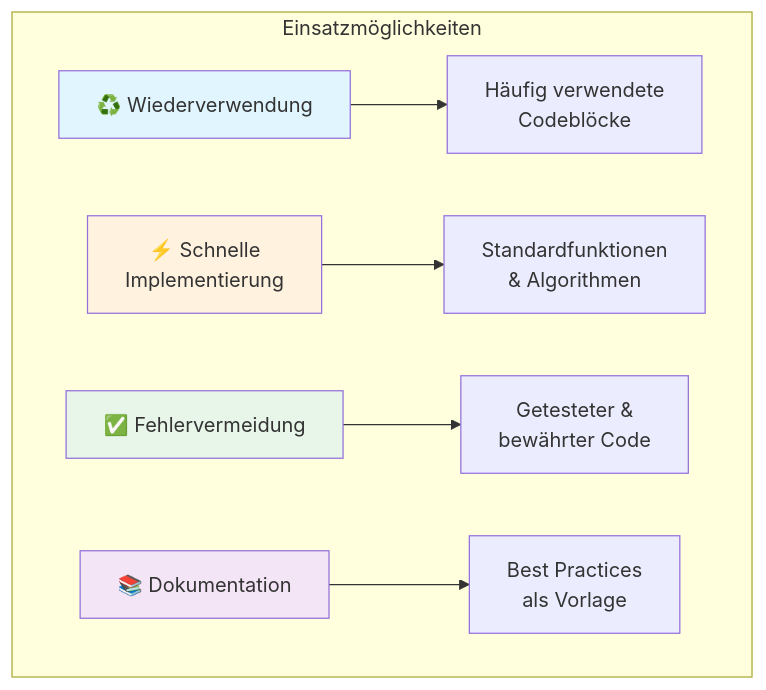
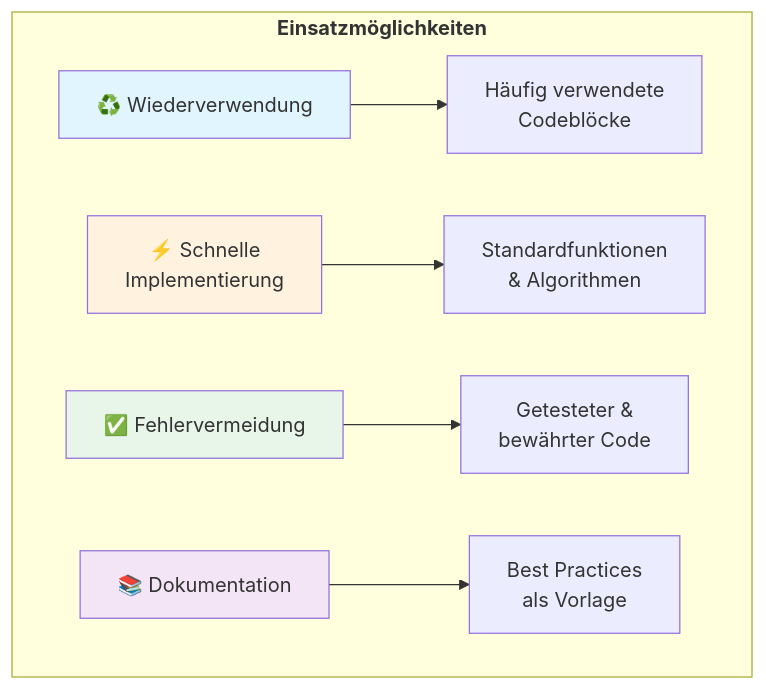
Before and after one commit to ralf-42/ML_Intro: the fifth of 6 diagrams in docs/concepts/grundlagen/coding-arbeitsweisen.md, drawn with Mermaid. The commit also changed other lines of this file and 24 other files, not shown here.

````diff
--- a/docs/concepts/grundlagen/coding-arbeitsweisen.md
+++ b/docs/concepts/grundlagen/coding-arbeitsweisen.md
@@ -212,14 +212,14 @@
 ```mermaid
 flowchart TD
-    subgraph Vorteile["Einsatzmöglichkeiten"]
+    subgraph Vorteile["<b>Einsatzmöglichkeiten</b>"]
         A[♻️ Wiederverwendung] --> A1[Häufig verwendete<br/>Codeblöcke]
         B[⚡ Schnelle<br/>Implementierung] --> B1[Standardfunktionen<br/>& Algorithmen]
         C[✅ Fehlervermeidung] --> C1[Getesteter &<br/>bewährter Code]
         D[📚 Dokumentation] --> D1[Best Practices<br/>als Vorlage]
     end
     
     style A fill:#e1f5fe
     style B fill:#fff3e0
     style C fill:#e8f5e9
     style D fill:#f3e5f5
 ```
````
